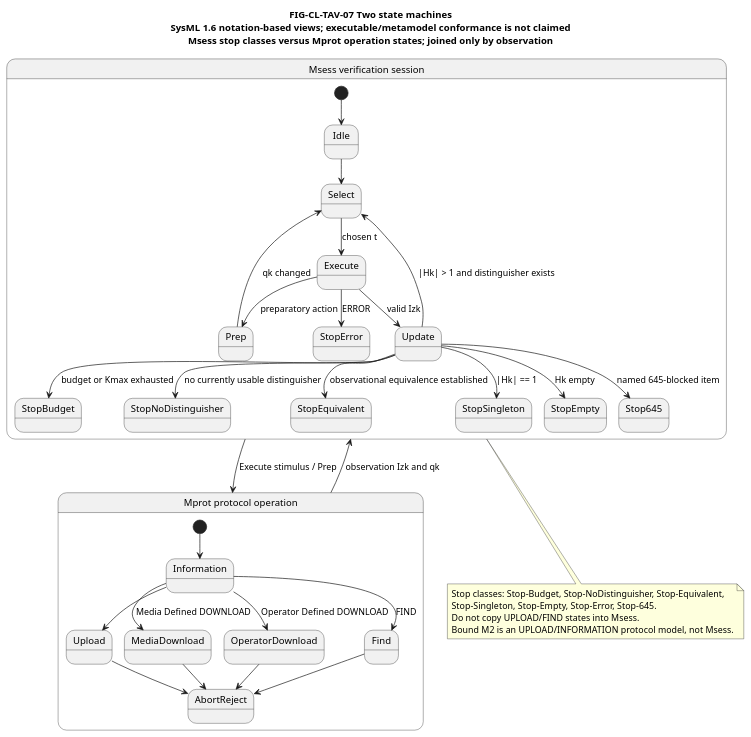
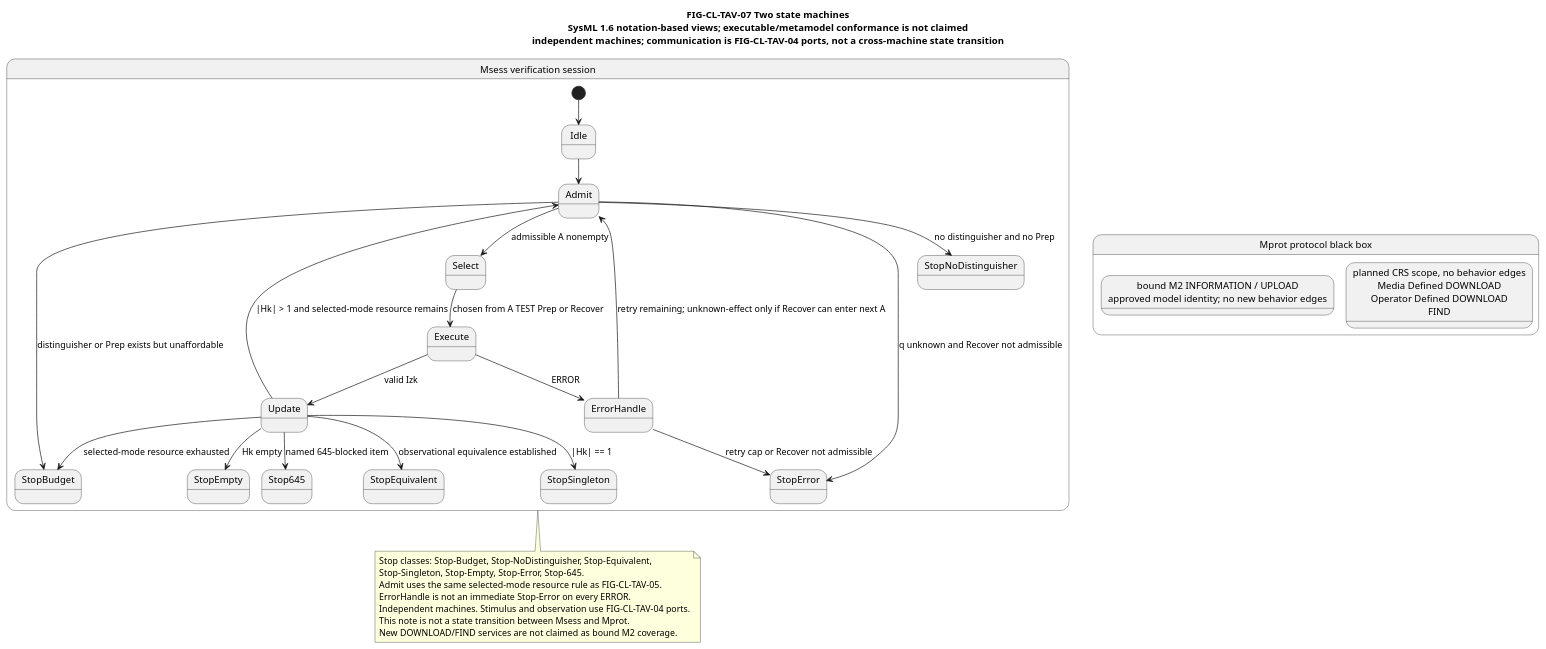
Before and after one commit to ZhangChi0727/arinc-615a-conformance: the diagram in docs/research/publication/models/FIG-CL-TAV-07-two-state-machines.puml, drawn with PlantUML. The commit also changed 8 other files, not shown here.

First line of the commit message:
docs: unify CL-TAV admission, ERROR history, and two-machine boundary

```diff
--- a/docs/research/publication/models/FIG-CL-TAV-07-two-state-machines.puml
+++ b/docs/research/publication/models/FIG-CL-TAV-07-two-state-machines.puml
@@ -1,42 +1,39 @@
 @startuml FIG-CL-TAV-07
 skinparam shadowing false
-title FIG-CL-TAV-07 Two state machines\nSysML 1.6 notation-based views; executable/metamodel conformance is not claimed\nMsess stop classes versus Mprot operation states; joined only by observation
+title FIG-CL-TAV-07 Two state machines\nSysML 1.6 notation-based views; executable/metamodel conformance is not claimed\nindependent machines; communication is FIG-CL-TAV-04 ports, not a cross-machine state transition
 
 state Msess as "Msess verification session" {
   [*] --> Idle
-  Idle --> Select
-  Select --> Execute : chosen t
+  Idle --> Admit
+  Admit --> Select : admissible A nonempty
+  Admit --> StopBudget : distinguisher or Prep exists but unaffordable
+  Admit --> StopNoDistinguisher : no distinguisher and no Prep
+  Admit --> StopError : q unknown and Recover not admissible
+  Select --> Execute : chosen from A TEST Prep or Recover
   Execute --> Update : valid Izk
-  Execute --> Prep : preparatory action
-  Execute --> StopError : ERROR
-  Prep --> Select : qk changed
-  Update --> Select : |Hk| > 1 and distinguisher exists
-  Update --> StopBudget : budget or Kmax exhausted
-  Update --> StopNoDistinguisher : no currently usable distinguisher
+  Execute --> ErrorHandle : ERROR
+  ErrorHandle --> Admit : retry remaining; unknown-effect only if Recover can enter next A
+  ErrorHandle --> StopError : retry cap or Recover not admissible
+  Update --> Admit : |Hk| > 1 and selected-mode resource remains
+  Update --> StopBudget : selected-mode resource exhausted
   Update --> StopEquivalent : observational equivalence established
   Update --> StopSingleton : |Hk| == 1
   Update --> StopEmpty : Hk empty
   Update --> Stop645 : named 645-blocked item
 }
 
-state Mprot as "Mprot protocol operation" {
-  [*] --> Information
-  Information --> Upload
-  Information --> MediaDownload : Media Defined DOWNLOAD
-  Information --> OperatorDownload : Operator Defined DOWNLOAD
-  Information --> Find : FIND
-  Upload --> AbortReject
-  MediaDownload --> AbortReject
-  OperatorDownload --> AbortReject
-  Find --> AbortReject
+state Mprot as "Mprot protocol black box" {
+  state BoundM2 as "bound M2 INFORMATION / UPLOAD\napproved model identity; no new behavior edges"
+  state PlannedScope as "planned CRS scope, no behavior edges\nMedia Defined DOWNLOAD\nOperator Defined DOWNLOAD\nFIND"
 }
 
-Msess --> Mprot : Execute stimulus / Prep
-Mprot --> Msess : observation Izk and qk
 note bottom of Msess
   Stop classes: Stop-Budget, Stop-NoDistinguisher, Stop-Equivalent,
   Stop-Singleton, Stop-Empty, Stop-Error, Stop-645.
-  Do not copy UPLOAD/FIND states into Msess.
-  Bound M2 is an UPLOAD/INFORMATION protocol model, not Msess.
+  Admit uses the same selected-mode resource rule as FIG-CL-TAV-05.
+  ErrorHandle is not an immediate Stop-Error on every ERROR.
+  Independent machines. Stimulus and observation use FIG-CL-TAV-04 ports.
+  This note is not a state transition between Msess and Mprot.
+  New DOWNLOAD/FIND services are not claimed as bound M2 coverage.
 end note
 @enduml
```
